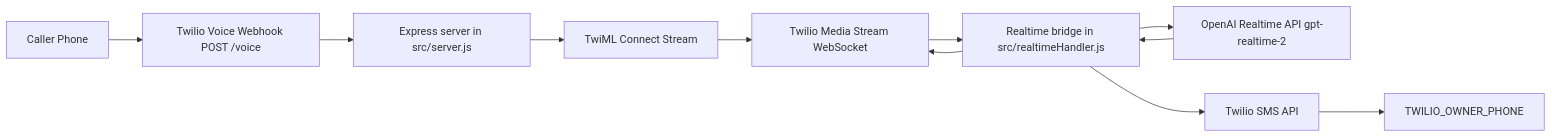
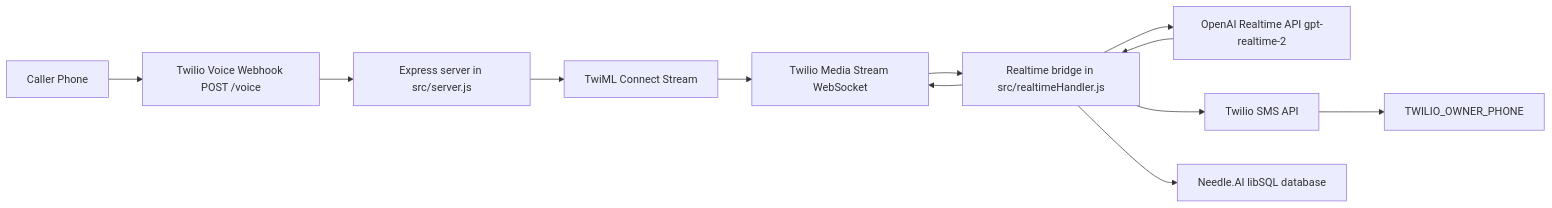
One commit to tommyd2377/voice-ai-system changed the diagram in README.md. Above: the diagram before and after it, drawn with Mermaid. The commit also changed other lines of this file and 5 other files, not shown here.

Commit message:
Add Needle database tools to Victoria

````diff
--- a/README.md
+++ b/README.md
@@ -52,13 +56,14 @@
 ```mermaid
 flowchart LR
   A[Caller Phone] --> B[Twilio Voice Webhook POST /voice]
   B --> C[Express server in src/server.js]
   C --> D[TwiML Connect Stream]
   D --> E[Twilio Media Stream WebSocket]
   E --> F[Realtime bridge in src/realtimeHandler.js]
   F --> G[OpenAI Realtime API gpt-realtime-2]
   G --> F
   F --> E
   F --> H[Twilio SMS API]
   H --> I[TWILIO_OWNER_PHONE]
+  F --> J[Needle.AI libSQL database]
 ```
````
